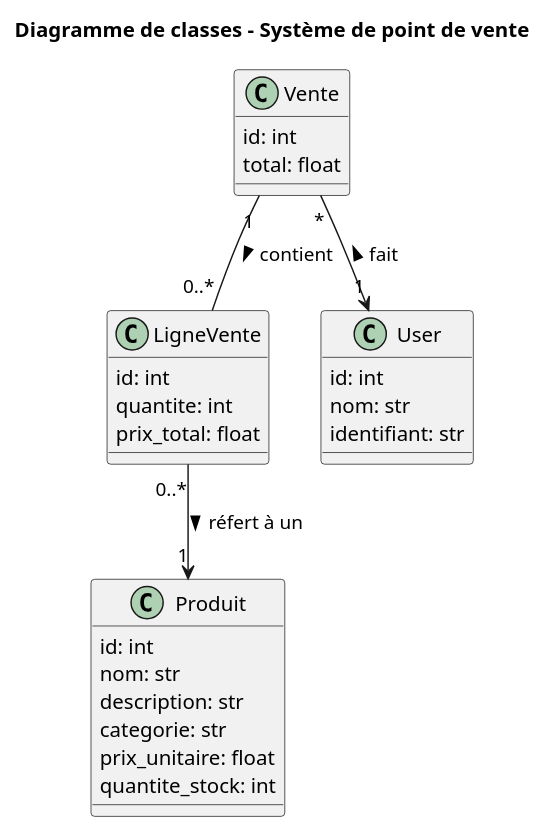
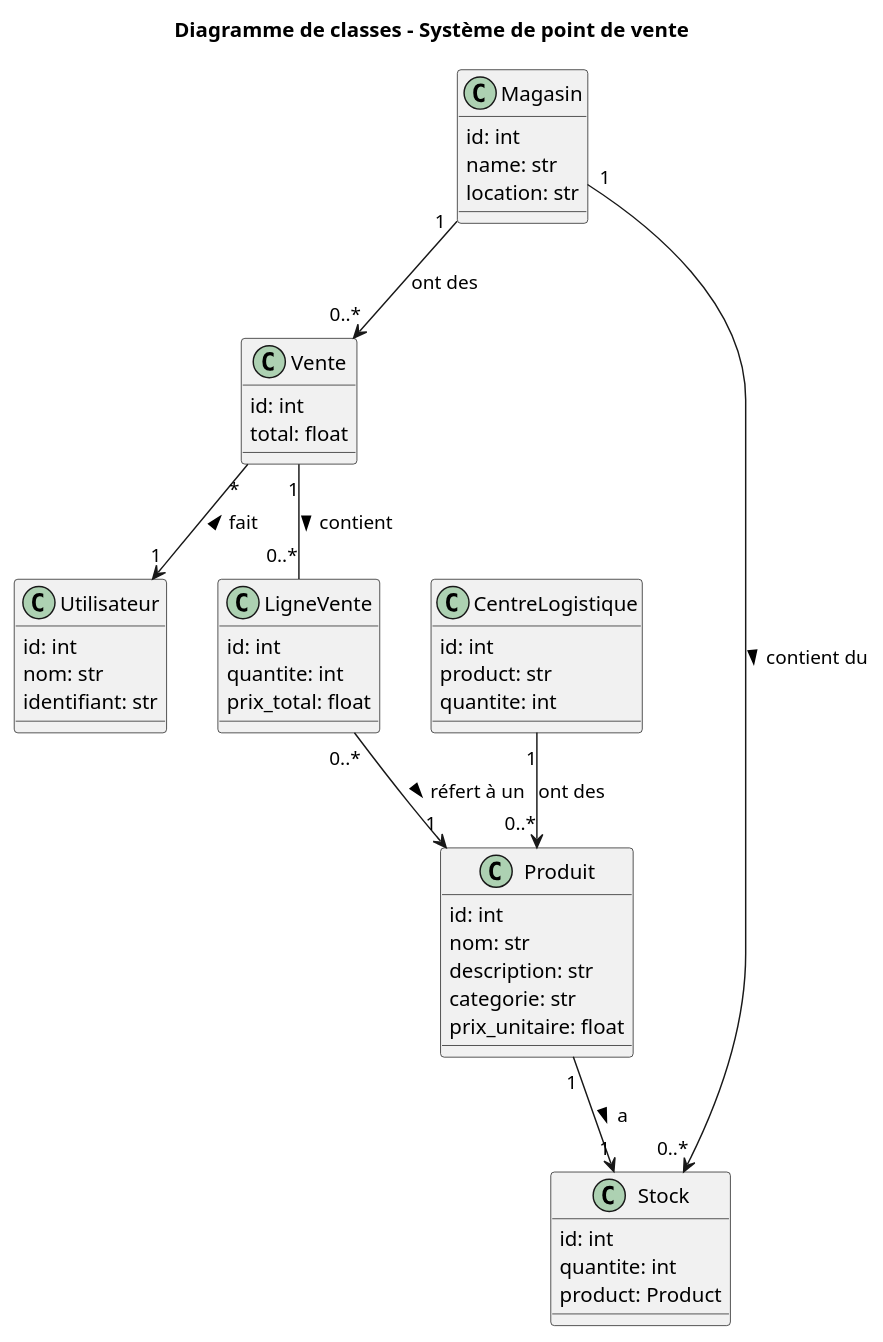
One commit to LojanArunasalam/LOG430-Lab2 changed the diagram in docs/diagrams/class_diagram.puml. Above: the diagram before and after it, drawn with PlantUML. The commit also changed 20 other files, not shown here.

```diff
--- a/docs/diagrams/class_diagram.puml
+++ b/docs/diagrams/class_diagram.puml
@@ -1,36 +1,56 @@
 @startuml
 
 title Diagramme de classes - Système de point de vente
 
 class Produit {
   id: int
   nom: str
   description: str
   categorie: str
   prix_unitaire: float
-  quantite_stock: int
 }
 
 class Vente {
   id: int
   total: float
 }
 
 class LigneVente {
   id: int
   quantite: int
   prix_total: float
 }
 
-class User {
+class Utilisateur {
   id: int
   nom: str
   identifiant: str
 }
 
+class Stock { 
+  id: int 
+  quantite: int
+  product: Product
+}
+
+class Magasin { 
+  id: int
+  name: str
+  location: str
+}
+
+class CentreLogistique { 
+  id: int
+  product: str
+  quantite: int
+}
+
 ' Relations entre classes
 Vente "1" -- "0..*" LigneVente : contient >
 LigneVente "0..*" --> "1" Produit : réfert à un >
-Vente "*" --> "1" User : < fait
-
+Vente "*" --> "1" Utilisateur : < fait
+Produit "1" --> "1" Stock : a > 
+Magasin "1" --> "0..*" Stock: contient du > 
+Magasin "1"--> "0..*" Vente : ont des
+CentreLogistique "1" --> "0..*" Produit: ont des
 @enduml
```
